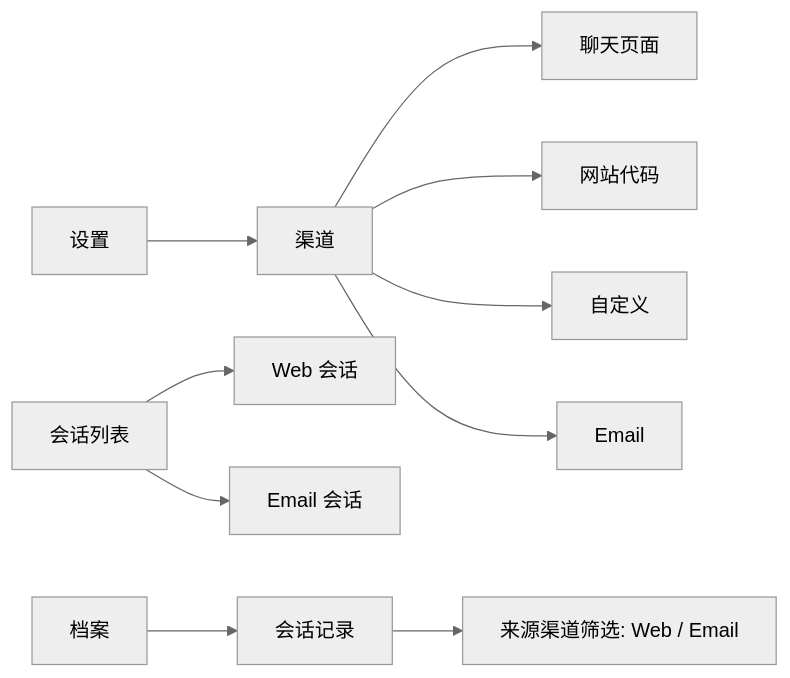
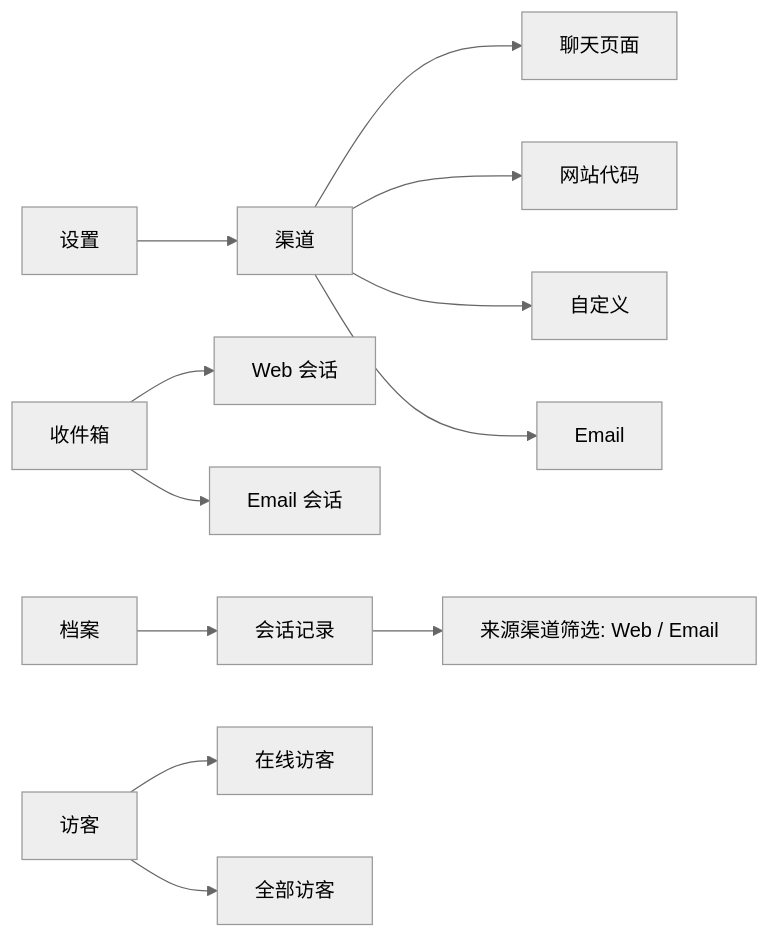
Before and after one commit to goeye/twt: the first of 2 diagrams in docs/PRD-接入邮箱渠道.md, drawn with Mermaid (neutral theme). The commit also changed other lines of this file, not shown here.

````diff
--- a/docs/PRD-接入邮箱渠道.md
+++ b/docs/PRD-接入邮箱渠道.md
@@ -57,14 +61,17 @@
 ```mermaid
 graph LR
   A[设置] --> B[渠道]
   B --> B1[聊天页面]
   B --> B2[网站代码]
   B --> B3[自定义]
   B --> B4[Email]
 
-  C[会话列表] --> C1[Web 会话]
-  C[会话列表] --> C2[Email 会话]
+  C[收件箱] --> C1[Web 会话]
+  C[收件箱] --> C2[Email 会话]
 
   D[档案] --> D1[会话记录]
   D1 --> D1a[来源渠道筛选: Web / Email]
+
+  E[访客] --> E1[在线访客]
+  E[访客] --> E2[全部访客]
 ```
````
